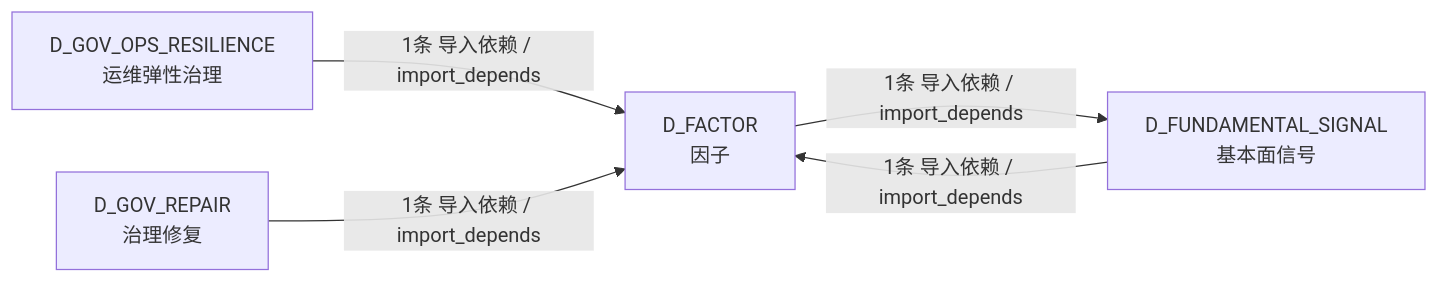
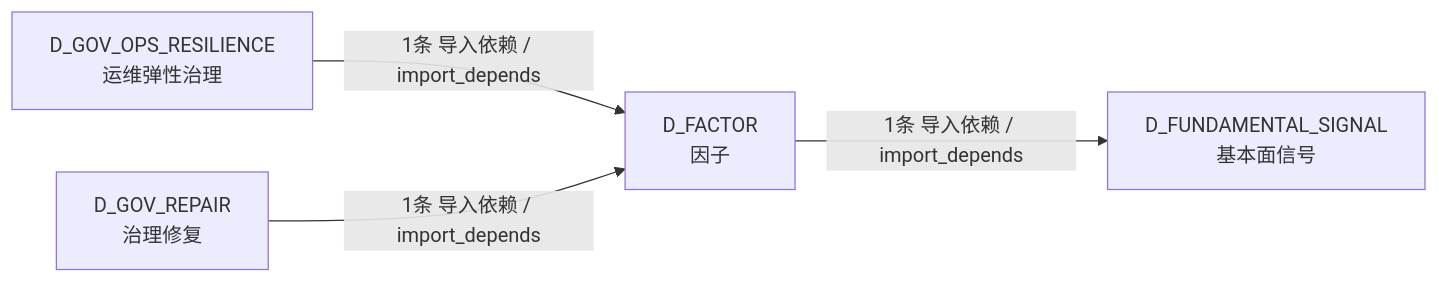
The fourth of 4 diagrams in docs/02_enterprise_architecture/02_domain_architecture_docs/36_d_factor.md (xuanFelixVan/ZephyrAlpha), drawn with Mermaid before and after one commit. The commit also changed other lines of this file and 126 other files, not shown here.

````diff
--- a/docs/02_enterprise_architecture/02_domain_architecture_docs/36_d_factor.md
+++ b/docs/02_enterprise_architecture/02_domain_architecture_docs/36_d_factor.md
@@ -196,11 +192,10 @@
 ```mermaid
 graph LR
     D_FACTOR["D_FACTOR<br/>因子"]
     D_FUNDAMENTAL_SIGNAL["D_FUNDAMENTAL_SIGNAL<br/>基本面信号"]
     D_GOV_OPS_RESILIENCE["D_GOV_OPS_RESILIENCE<br/>运维弹性治理"]
     D_GOV_REPAIR["D_GOV_REPAIR<br/>治理修复"]
     D_FACTOR -->|1条 导入依赖 / import_depends| D_FUNDAMENTAL_SIGNAL
-    D_FUNDAMENTAL_SIGNAL -->|1条 导入依赖 / import_depends| D_FACTOR
     D_GOV_OPS_RESILIENCE -->|1条 导入依赖 / import_depends| D_FACTOR
     D_GOV_REPAIR -->|1条 导入依赖 / import_depends| D_FACTOR
 ```
````
